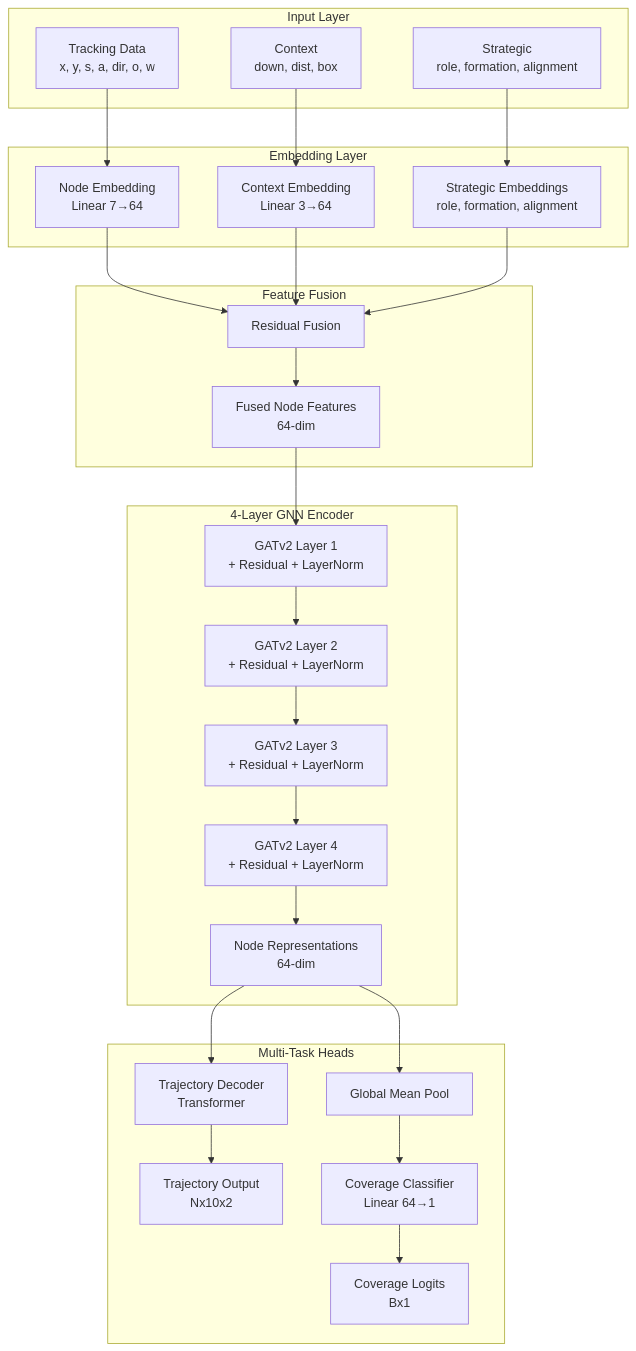
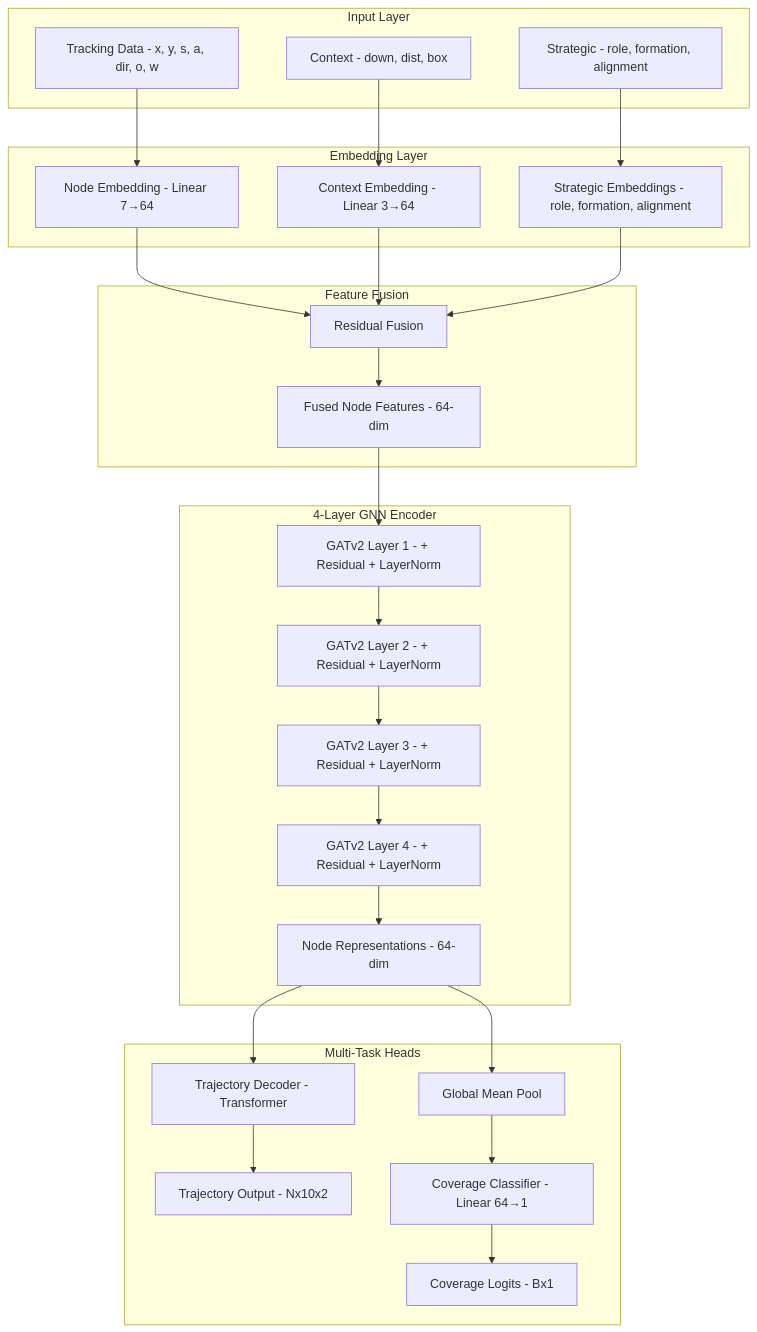
The first of 5 diagrams in docs/architecture.md (tanm-sys/NFL), drawn with Mermaid before and after one commit. The commit also changed other lines of this file and 1 other file, not shown here.

Commit message:
docs: standardize mermaid graph node label formatting for improved readability.

````diff
--- a/docs/architecture.md
+++ b/docs/architecture.md
@@ -16,38 +16,38 @@
 ```mermaid
 graph TB
     subgraph Input_Layer[Input Layer]
-        Track[Tracking Data<br/>x, y, s, a, dir, o, w]
-        Context[Context<br/>down, dist, box]
-        Strategy[Strategic<br/>role, formation, alignment]
+        Track[Tracking Data - x, y, s, a, dir, o, w]
+        Context[Context - down, dist, box]
+        Strategy[Strategic - role, formation, alignment]
     end
     
     subgraph Embedding_Layer[Embedding Layer]
-        Track --> NodeEmb[Node Embedding<br/>Linear 7→64]
-        Context --> CtxEmb[Context Embedding<br/>Linear 3→64]
-        Strategy --> StratEmb[Strategic Embeddings<br/>role, formation, alignment]
+        Track --> NodeEmb[Node Embedding - Linear 7→64]
+        Context --> CtxEmb[Context Embedding - Linear 3→64]
+        Strategy --> StratEmb[Strategic Embeddings - role, formation, alignment]
     end
     
     subgraph Fusion[Feature Fusion]
         NodeEmb --> Fuse[Residual Fusion]
         CtxEmb --> Fuse
         StratEmb --> Fuse
-        Fuse --> FusedNode[Fused Node Features<br/>64-dim]
+        Fuse --> FusedNode[Fused Node Features - 64-dim]
     end
     
     subgraph GNN[4-Layer GNN Encoder]
-        FusedNode --> GAT1[GATv2 Layer 1<br/>+ Residual + LayerNorm]
-        GAT1 --> GAT2[GATv2 Layer 2<br/>+ Residual + LayerNorm]
-        GAT2 --> GAT3[GATv2 Layer 3<br/>+ Residual + LayerNorm]
-        GAT3 --> GAT4[GATv2 Layer 4<br/>+ Residual + LayerNorm]
-        GAT4 --> NodeRep[Node Representations<br/>64-dim]
+        FusedNode --> GAT1[GATv2 Layer 1 - + Residual + LayerNorm]
+        GAT1 --> GAT2[GATv2 Layer 2 - + Residual + LayerNorm]
+        GAT2 --> GAT3[GATv2 Layer 3 - + Residual + LayerNorm]
+        GAT3 --> GAT4[GATv2 Layer 4 - + Residual + LayerNorm]
+        GAT4 --> NodeRep[Node Representations - 64-dim]
     end
     
     subgraph Decoder[Multi-Task Heads]
-        NodeRep --> TrajDec[Trajectory Decoder<br/>Transformer]
-        TrajDec --> TrajOut[Trajectory Output<br/>Nx10x2]
+        NodeRep --> TrajDec[Trajectory Decoder - Transformer]
+        TrajDec --> TrajOut[Trajectory Output - Nx10x2]
         
         NodeRep --> Pool[Global Mean Pool]
-        Pool --> CovHead[Coverage Classifier<br/>Linear 64→1]
-        CovHead --> CovOut[Coverage Logits<br/>Bx1]
+        Pool --> CovHead[Coverage Classifier - Linear 64→1]
+        CovHead --> CovOut[Coverage Logits - Bx1]
     end
 ```
````
